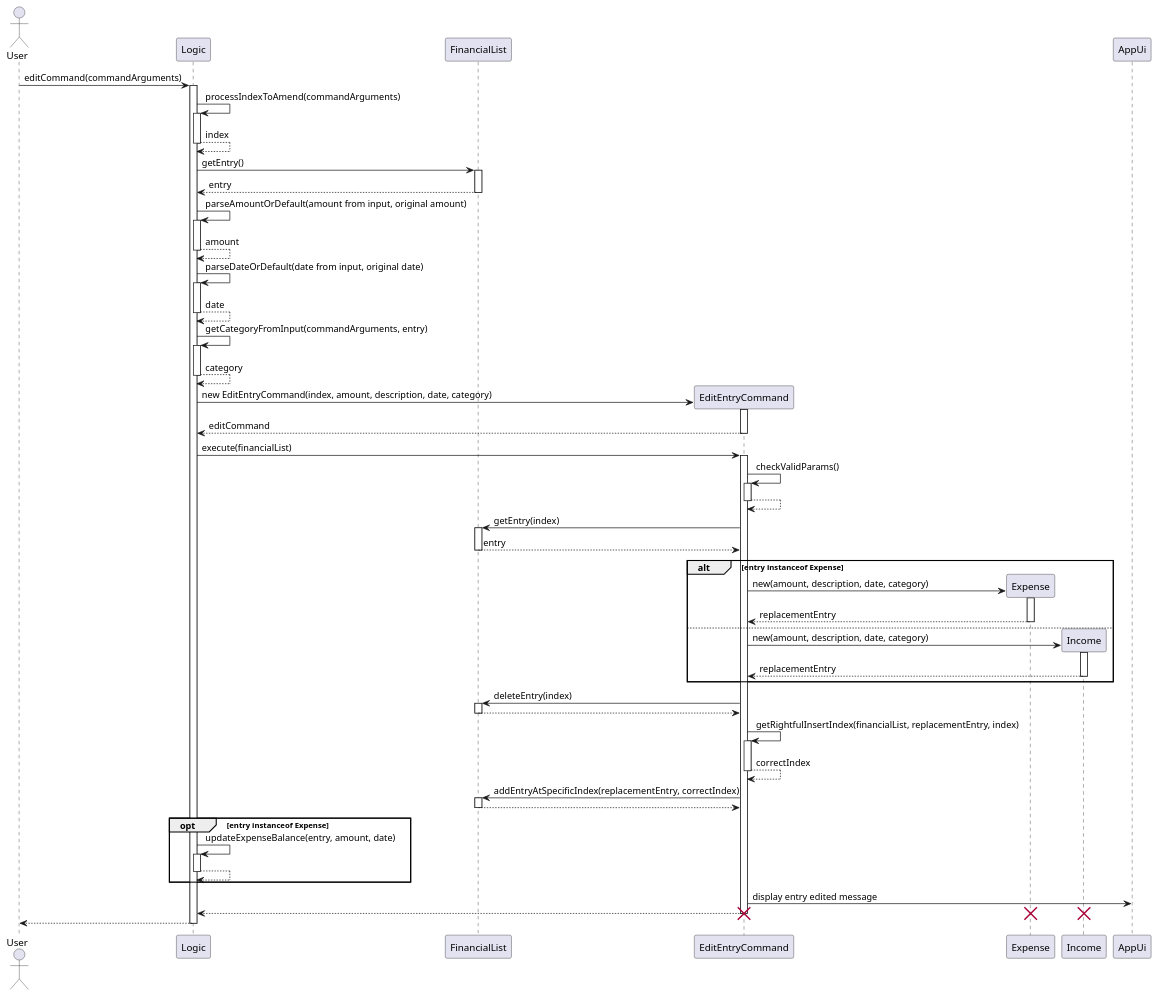
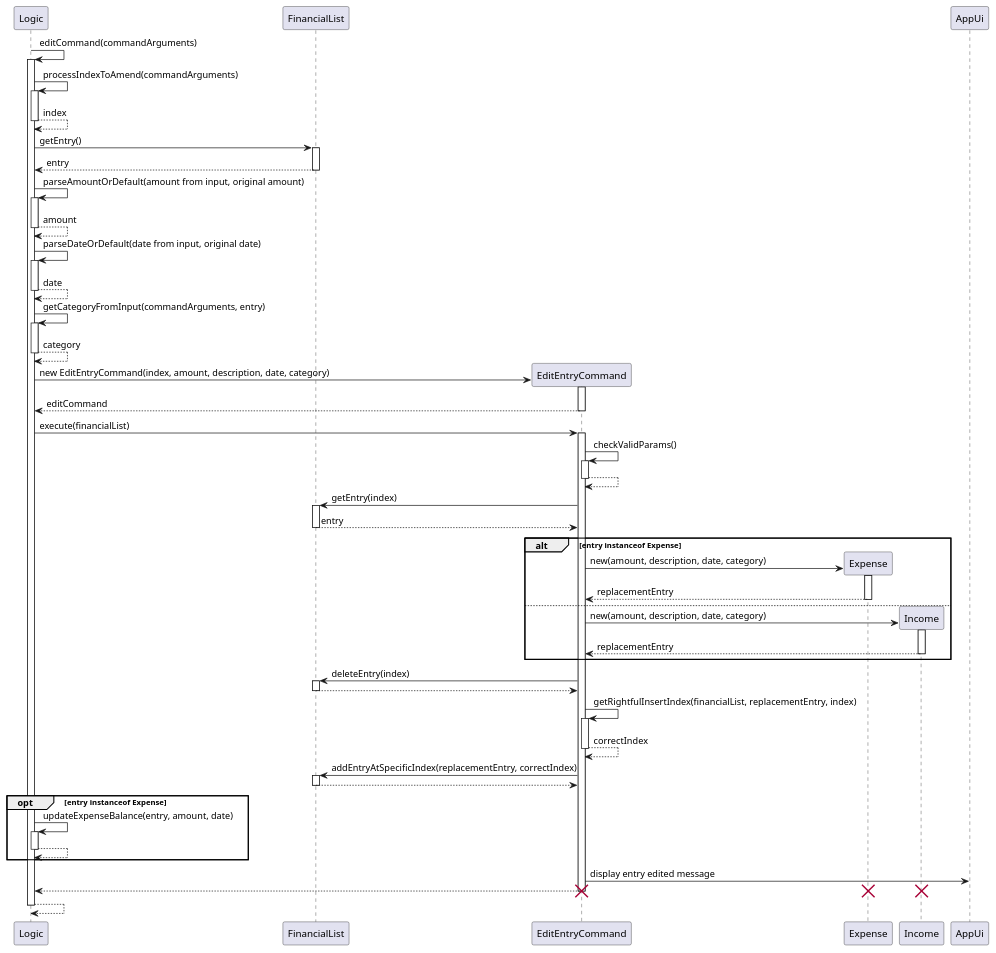
Before and after one commit to nus-cs2113-AY2425S1/tp: the diagram in docs/UML/editEntryCommandSequence.puml, drawn with PlantUML. The commit also changed 3 other files, not shown here.

Commit message:
Update DG UML

```diff
--- a/docs/UML/editEntryCommandSequence.puml
+++ b/docs/UML/editEntryCommandSequence.puml
@@ -1,84 +1,78 @@
 @startuml
 
-actor  User
-
 participant Logic
-participant FinancialList
-
-
-User -> Logic: editCommand(commandArguments)
+Logic -> Logic: editCommand(commandArguments)
 activate Logic
 
 Logic -> Logic: processIndexToAmend(commandArguments)
 activate Logic
 return index
 
 Logic -> FinancialList: getEntry()
 activate FinancialList
 return entry
 
 Logic -> Logic: parseAmountOrDefault(amount from input, original amount)
 activate Logic
 return amount
 
 Logic -> Logic: parseDateOrDefault(date from input, original date)
 activate Logic
 return date
 
 Logic -> Logic: getCategoryFromInput(commandArguments, entry)
 activate Logic
 return category
 
 create EditEntryCommand
 Logic -> EditEntryCommand: new EditEntryCommand(index, amount, description, date, category)
 activate EditEntryCommand
 return editCommand
 
 Logic -> EditEntryCommand: execute(financialList)
 activate EditEntryCommand
 
 EditEntryCommand -> EditEntryCommand: checkValidParams()
 activate EditEntryCommand
 return
 
 EditEntryCommand -> FinancialList: getEntry(index)
 activate FinancialList
 return entry
 
 alt entry instanceof Expense
     Create Expense
     EditEntryCommand -> Expense: new(amount, description, date, category)
     activate Expense
     return replacementEntry
 else
     Create Income
     EditEntryCommand -> Income: new(amount, description, date, category)
     activate Income
     return replacementEntry
 end
 EditEntryCommand -> FinancialList: deleteEntry(index)
 activate FinancialList
 return
 EditEntryCommand -> EditEntryCommand: getRightfulInsertIndex(financialList, replacementEntry, index)
 activate EditEntryCommand
 return correctIndex
 EditEntryCommand -> FinancialList: addEntryAtSpecificIndex(replacementEntry, correctIndex)
 activate FinancialList
 return
 opt entry instanceof Expense
     Logic -> Logic: updateExpenseBalance(entry, amount, date)
     activate Logic
     return
 end
 
 EditEntryCommand -> AppUi: display entry edited message
 
 EditEntryCommand --> Logic
 destroy Expense
 destroy Income
 deactivate EditEntryCommand
 destroy EditEntryCommand
-Logic --> User
-deactivate Logic
+return
 
 @enduml
```
